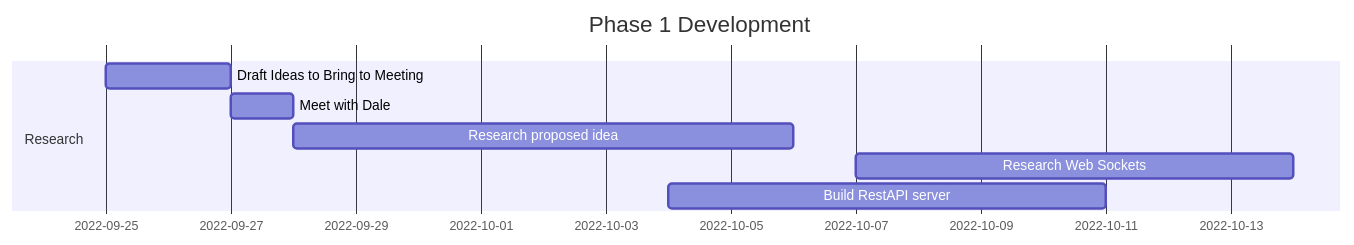
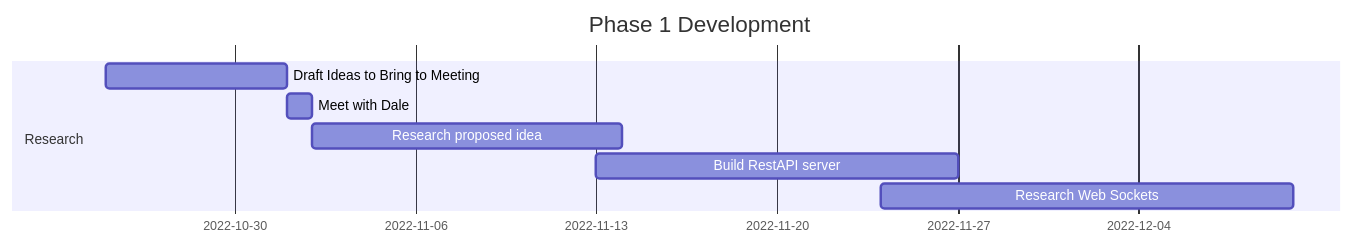
One commit to Joshua-Yuill/Votley_Final-Year-Project changed the first of 3 diagrams in Docs/report.md. Above: the diagram before and after it, drawn with Mermaid. The commit also changed other lines of this file and 3 other files, not shown here.

````diff
--- a/Docs/report.md
+++ b/Docs/report.md
@@ -344,11 +337,11 @@
 ```mermaid
 gantt
     title Phase 1 Development
     dateFormat  YYYY-MM-DD
     section Research
-    Draft Ideas to Bring to Meeting           :a1, 2022-09-25, 2d
-    Meet with Dale            :a1, 2022-09-27, 1d
-    Research proposed idea            :2022-09-28, 8d
-    Research Web Sockets           :2022-10-07, 7d 
-    Build RestAPI server           :2022-10-04, 7d
+    Draft Ideas to Bring to Meeting           :a1, 2022-10-25, 7d
+    Meet with Dale            :a1, 2022-11-01, 1d
+    Research proposed idea            :2022-11-2, 12d
+    Build RestAPI server           :2022-11-13, 14d
+    Research Web Sockets           :2022-11-24, 16d 
 ```
````
